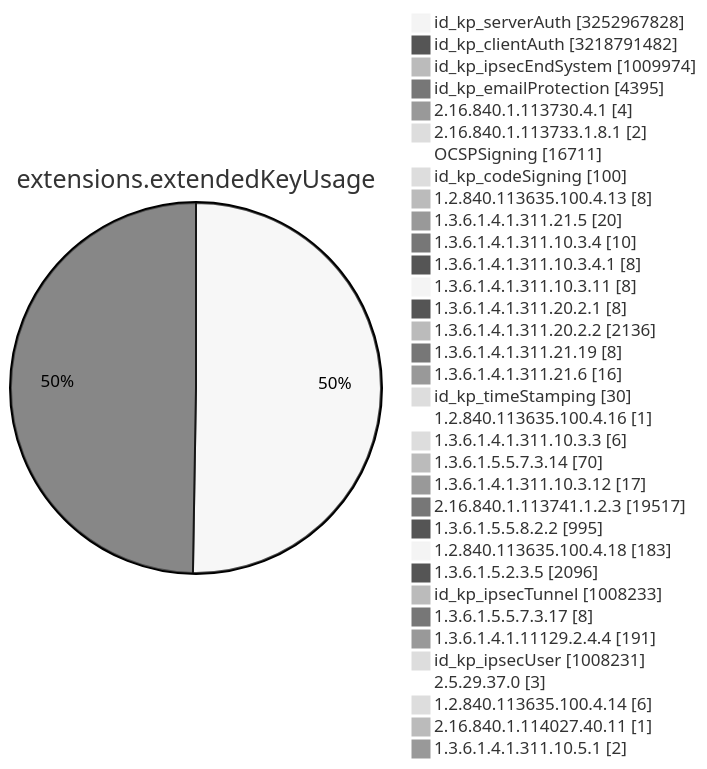
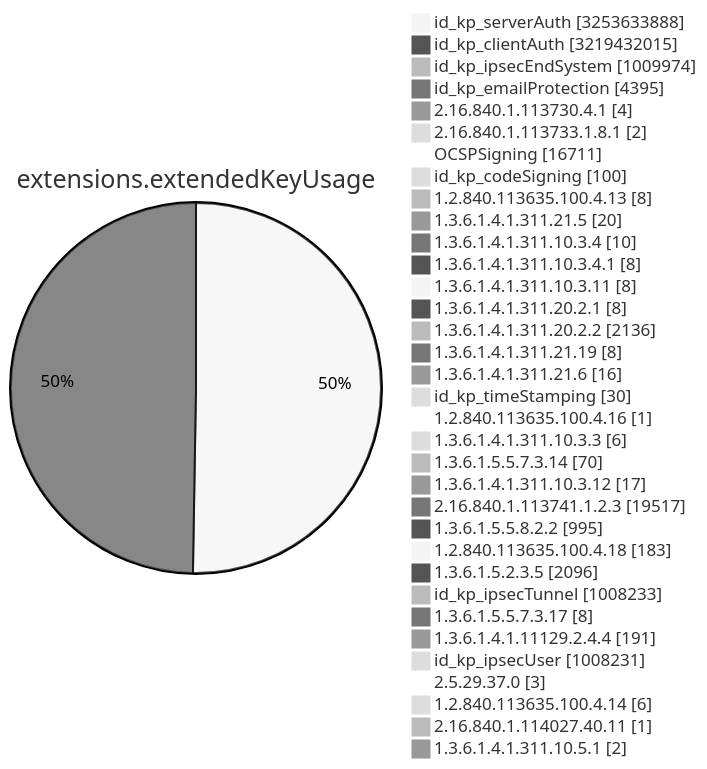
Diagram 11 of 15 in TOTAL/README.md (christiankrug/ctmonitor_visualization), drawn with Mermaid (neutral theme) before and after one commit. The commit also changed other lines of this file, not shown here.

````diff
--- a/TOTAL/README.md
+++ b/TOTAL/README.md
@@ -4119,38 +4119,38 @@
 ```mermaid
 pie showData
 title extensions.extendedKeyUsage
-"id_kp_serverAuth" :3252967828
-"id_kp_clientAuth" :3218791482
+"id_kp_serverAuth" :3253633888
+"id_kp_clientAuth" :3219432015
 "id_kp_ipsecEndSystem" :1009974
 "id_kp_emailProtection" :4395
 "2.16.840.1.113730.4.1" :4
 "2.16.840.1.113733.1.8.1" :2
 "OCSPSigning" :16711
 "id_kp_codeSigning" :100
 "1.2.840.113635.100.4.13" :8
 "1.3.6.1.4.1.311.21.5" :20
 "1.3.6.1.4.1.311.10.3.4" :10
 "1.3.6.1.4.1.311.10.3.4.1" :8
 "1.3.6.1.4.1.311.10.3.11" :8
 "1.3.6.1.4.1.311.20.2.1" :8
 "1.3.6.1.4.1.311.20.2.2" :2136
 "1.3.6.1.4.1.311.21.19" :8
 "1.3.6.1.4.1.311.21.6" :16
 "id_kp_timeStamping" :30
 "1.2.840.113635.100.4.16" :1
 "1.3.6.1.4.1.311.10.3.3" :6
 "1.3.6.1.5.5.7.3.14" :70
 "1.3.6.1.4.1.311.10.3.12" :17
 "2.16.840.1.113741.1.2.3" :19517
 "1.3.6.1.5.5.8.2.2" :995
 "1.2.840.113635.100.4.18" :183
 "1.3.6.1.5.2.3.5" :2096
 "id_kp_ipsecTunnel" :1008233
 "1.3.6.1.5.5.7.3.17" :8
 "1.3.6.1.4.1.11129.2.4.4" :191
 "id_kp_ipsecUser" :1008231
 "2.5.29.37.0" :3
 "1.2.840.113635.100.4.14" :6
 "2.16.840.1.114027.40.11" :1
 "1.3.6.1.4.1.311.10.5.1" :2
 ```
````
